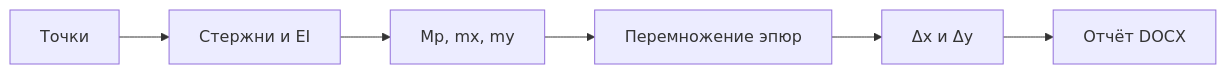
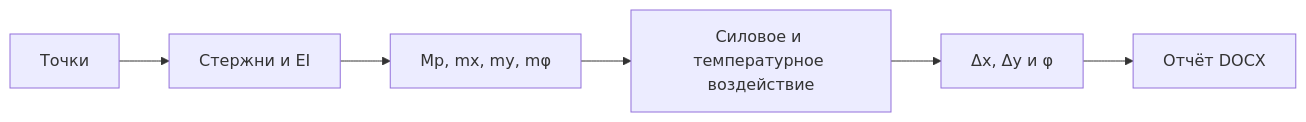
Before and after one commit to thetskerp/mohr-frame-calculator: the diagram in README.md, drawn with Mermaid. The commit also changed other lines of this file and 9 other files, not shown here.

````diff
--- a/README.md
+++ b/README.md
@@ -40,8 +43,8 @@
 ```mermaid
 flowchart LR
     A[Точки] --> B[Стержни и EI]
-    B --> C[Mp, mx, my]
-    C --> D[Перемножение эпюр]
-    D --> E[Δx и Δy]
+    B --> C[Mp, mx, my, mφ]
+    C --> D[Силовое и температурное воздействие]
+    D --> E[Δx, Δy и φ]
     E --> F[Отчёт DOCX]
 ```
````
